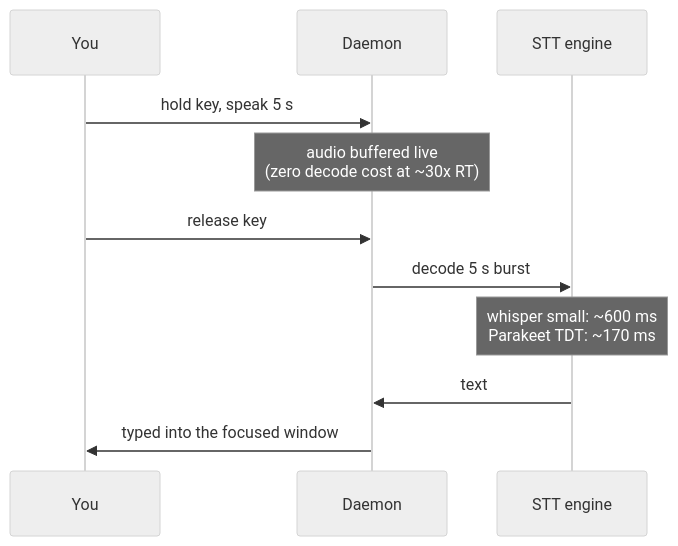
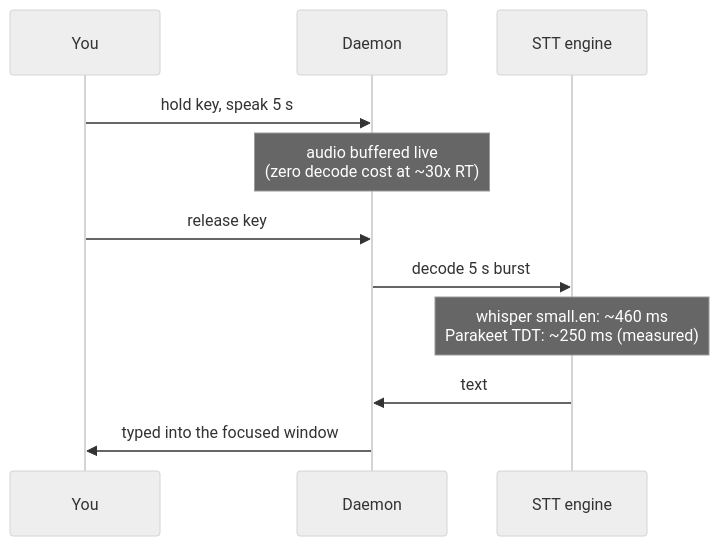
Before and after one commit to MSKazemi/yazses: the second of 3 diagrams in docs/research/voice-control.md, drawn with Mermaid (neutral theme). The commit also changed other lines of this file and 50 other files, not shown here.

````diff
--- a/docs/research/voice-control.md
+++ b/docs/research/voice-control.md
@@ -85,13 +86,13 @@
 ```mermaid
 sequenceDiagram
     participant U as You
     participant D as Daemon
     participant E as STT engine
     U->>D: hold key, speak 5 s
     Note over D: audio buffered live<br/>(zero decode cost at ~30x RT)
     U->>D: release key
     D->>E: decode 5 s burst
-    Note over E: whisper small: ~600 ms<br/>Parakeet TDT: ~170 ms
+    Note over E: whisper small.en: ~460 ms<br/>Parakeet TDT: ~250 ms (measured)
     E->>D: text
     D->>U: typed into the focused window
 ```
````
